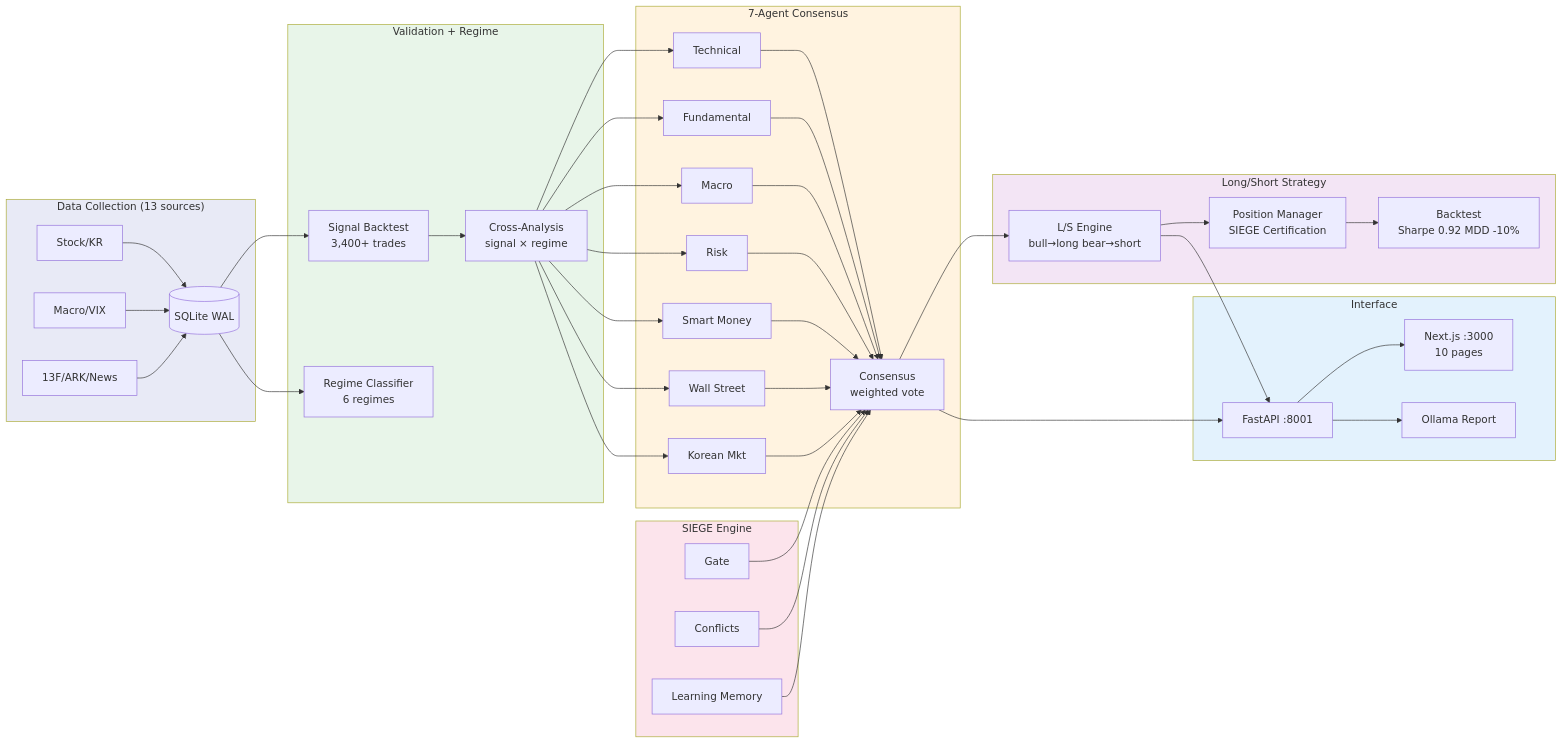
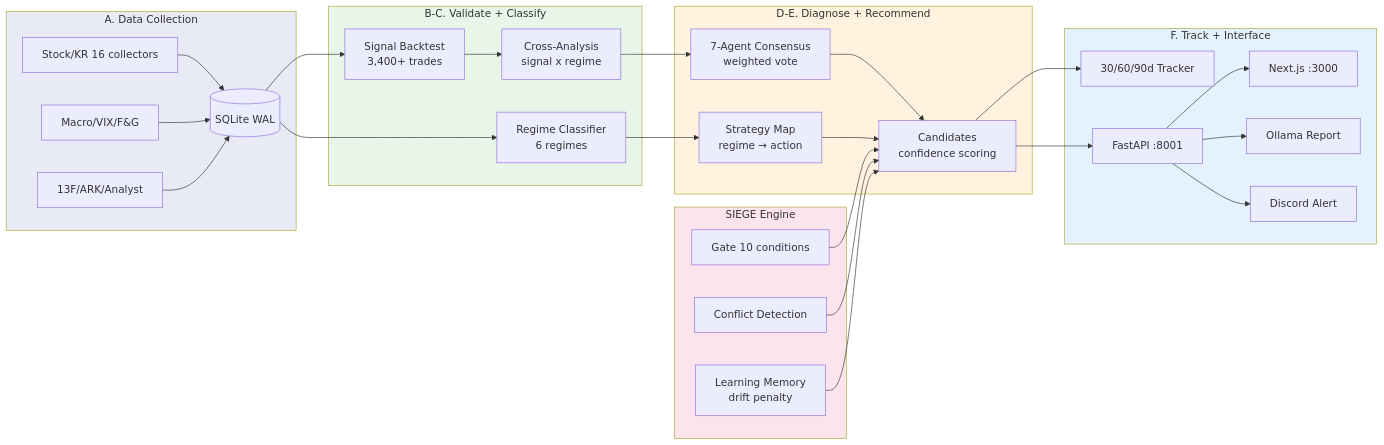
Before and after one commit to researcherhojin/nuri-quant: the diagram in README.md, drawn with Mermaid. The commit also changed other lines of this file and 2 other files, not shown here.

````diff
--- a/README.md
+++ b/README.md
@@ -93,50 +121,40 @@
 ```mermaid
 graph LR
-    subgraph Data["Data Collection (13 sources)"]
-        style Data fill:#e8eaf6
-        S[Stock/KR] --> DB[(SQLite WAL)]
-        M[Macro/VIX] --> DB
-        F[13F/ARK/News] --> DB
+    subgraph Collect["A. Data Collection"]
+        style Collect fill:#e8eaf6
+        S[Stock/KR 16 collectors] --> DB[(SQLite WAL)]
+        M[Macro/VIX/F&G] --> DB
+        F[13F/ARK/Analyst] --> DB
     end
 
-    subgraph Quant["Validation + Regime"]
-        style Quant fill:#e8f5e9
+    subgraph Validate["B-C. Validate + Classify"]
+        style Validate fill:#e8f5e9
         DB --> BT[Signal Backtest<br/>3,400+ trades]
         DB --> RC[Regime Classifier<br/>6 regimes]
-        BT --> XA[Cross-Analysis<br/>signal × regime]
+        BT --> XA[Cross-Analysis<br/>signal x regime]
     end
 
-    subgraph Agents["7-Agent Consensus"]
+    subgraph Agents["D-E. Diagnose + Recommend"]
         style Agents fill:#fff3e0
-        XA --> TA[Technical]
-        XA --> FA[Fundamental]
-        XA --> MA[Macro]
-        XA --> RA[Risk]
-        XA --> SM[Smart Money]
-        XA --> WS[Wall Street]
-        XA --> KR[Korean Mkt]
-        TA & FA & MA & RA & SM & WS & KR --> CS[Consensus<br/>weighted vote]
+        XA --> AG[7-Agent Consensus<br/>weighted vote]
+        RC --> SM[Strategy Map<br/>regime → action]
+        AG --> REC[Candidates<br/>confidence scoring]
+        SM --> REC
     end
 
     subgraph Engine["SIEGE Engine"]
         style Engine fill:#fce4ec
-        GT[Gate] --> CS
-        CF[Conflicts] --> CS
-        LM[Learning Memory] --> CS
+        GT[Gate 10 conditions] --> REC
+        CF[Conflict Detection] --> REC
+        LM[Learning Memory<br/>drift penalty] --> REC
     end
 
-    subgraph Strategy["Long/Short Strategy"]
-        style Strategy fill:#f3e5f5
-        CS --> LS[L/S Engine<br/>bull→long bear→short]
-        LS --> PM[Position Manager<br/>SIEGE Certification]
-        PM --> BK[Backtest<br/>Sharpe 0.92 MDD -10%]
-    end
-
-    subgraph Interface["Interface"]
-        style Interface fill:#e3f2fd
-        CS --> API[FastAPI :8001]
-        LS --> API
-        API --> NX[Next.js :3000<br/>10 pages]
+    subgraph Output["F. Track + Interface"]
+        style Output fill:#e3f2fd
+        REC --> TK[30/60/90d Tracker]
+        REC --> API[FastAPI :8001]
+        API --> NX[Next.js :3000]
         API --> LLM[Ollama Report]
+        API --> DC[Discord Alert]
     end
 ```
````
